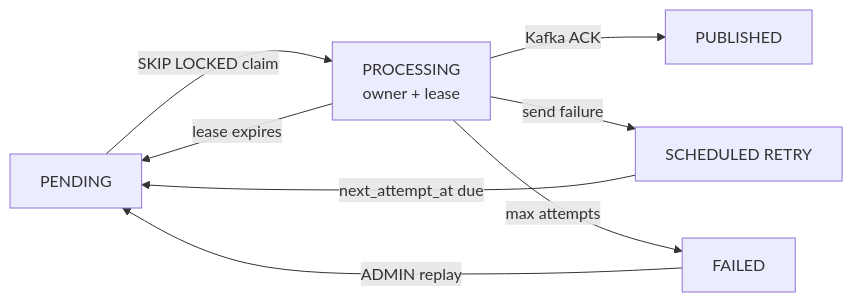
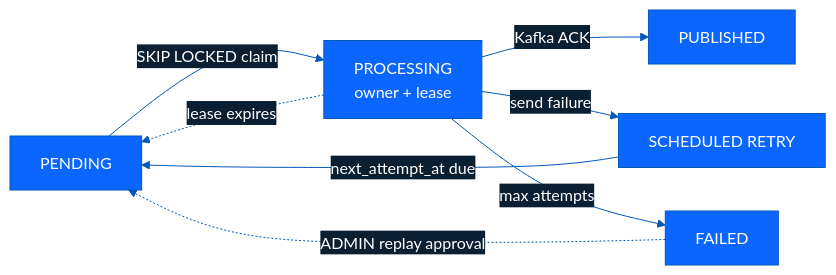
Before and after one commit to ravan-chuang/spring-boot-ecommerce-backend: the second of 2 diagrams in SpringBoot_Backend_Engineering_Summary.md, drawn with Mermaid. The commit also changed other lines of this file and 2 other files, not shown here.

````diff
--- a/SpringBoot_Backend_Engineering_Summary.md
+++ b/SpringBoot_Backend_Engineering_Summary.md
@@ -123,10 +138,11 @@
 ```mermaid
+%%{init: {"theme": "base", "themeVariables": {"background": "#FFFFFF", "primaryColor": "#0A66FF", "primaryBorderColor": "#0057B8", "primaryTextColor": "#FFFFFF", "secondaryColor": "#0B1F33", "secondaryTextColor": "#FFFFFF", "tertiaryColor": "#F4F5F7", "tertiaryTextColor": "#071B2E", "lineColor": "#0057B8"}, "flowchart": {"curve": "basis", "nodeSpacing": 32, "rankSpacing": 38}}}%%
 flowchart LR
     P[PENDING] -->|SKIP LOCKED claim| X[PROCESSING\nowner + lease]
     X -->|Kafka ACK| D[PUBLISHED]
     X -->|send failure| R[SCHEDULED RETRY]
     R -->|next_attempt_at due| P
-    X -->|lease expires| P
+    X -. lease expires .-> P
     X -->|max attempts| F[FAILED]
-    F -->|ADMIN replay| P
+    F -. ADMIN replay approval .-> P
 ```
````
